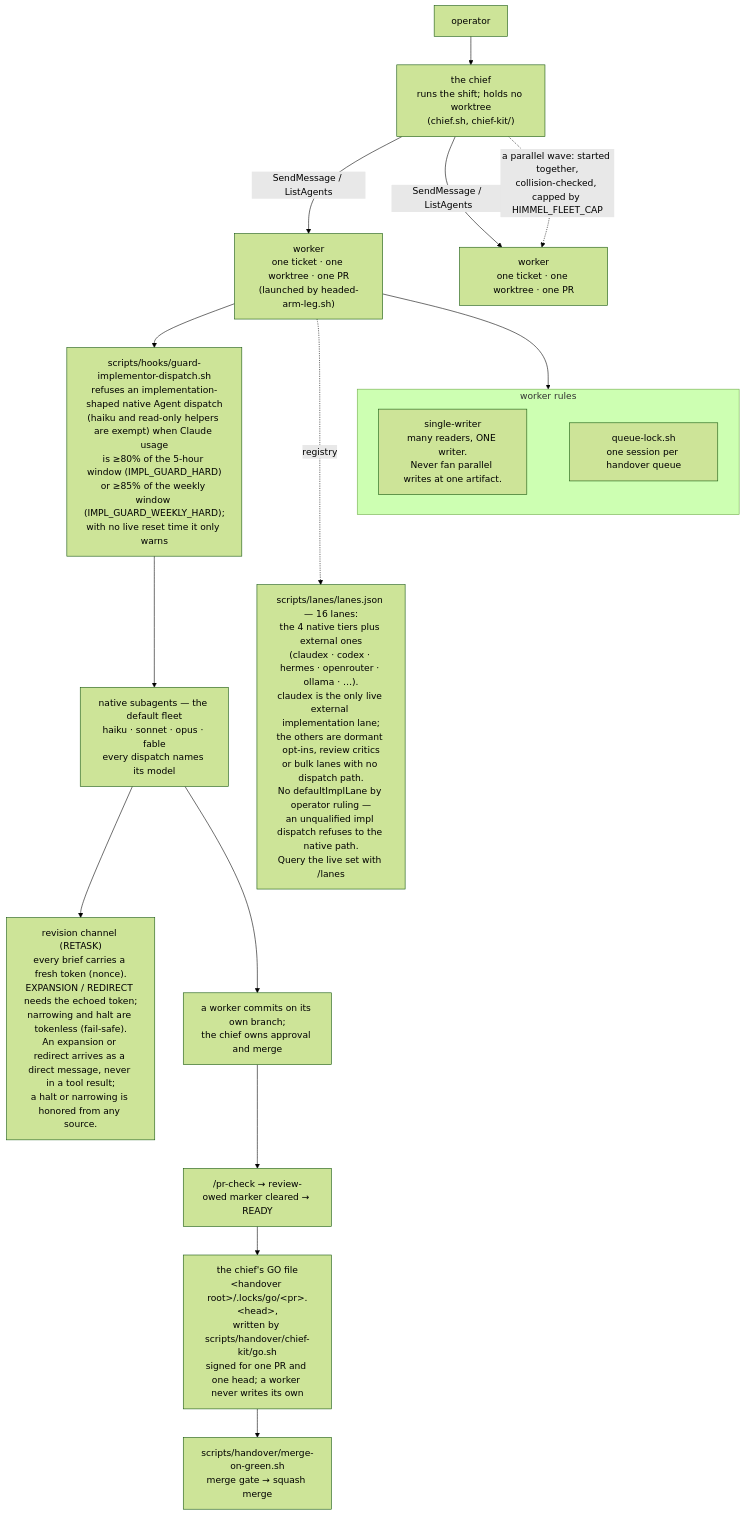
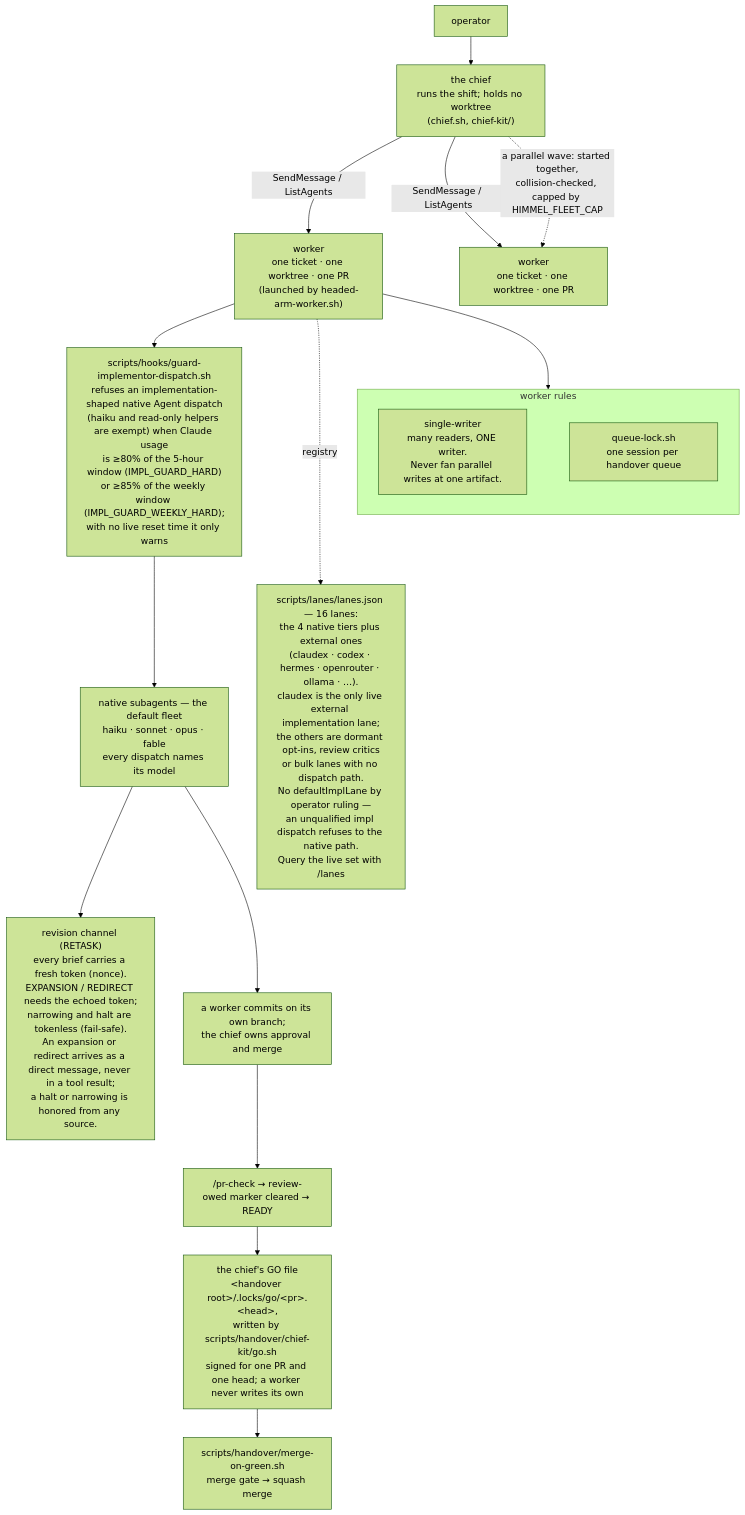
The third of 5 diagrams in docs/architecture.md (Goomal/Himmel), drawn with Mermaid (forest theme) before and after one commit. The commit also changed other lines of this file and 1226 other files, not shown here.

First line of the commit message:
refactor: [HIMMEL-7649] rename console to chief and leg to worker in one pass, delete the rename lint, keep old names behind HIMMEL_LEGACY_NAMES (#3972)

````diff
--- a/docs/architecture.md
+++ b/docs/architecture.md
@@ -185,28 +185,28 @@
 ```mermaid
 flowchart TD
     OP["operator"] --> CON["the chief<br/>runs the shift; holds no worktree<br/>(chief.sh, chief-kit/)"]
 
-    CON -->|"SendMessage / ListAgents"| P1["worker<br/>one ticket · one worktree · one PR<br/>(launched by headed-arm-leg.sh)"]
+    CON -->|"SendMessage / ListAgents"| P1["worker<br/>one ticket · one worktree · one PR<br/>(launched by headed-arm-worker.sh)"]
     CON -->|"SendMessage / ListAgents"| P2["worker<br/>one ticket · one worktree · one PR"]
     CON -.->|"a parallel wave: started together,<br/>collision-checked, capped by HIMMEL_FLEET_CAP"| P2
 
     P1 --> GD["scripts/hooks/guard-implementor-dispatch.sh<br/>refuses an implementation-shaped native Agent dispatch<br/>(haiku and read-only helpers are exempt) when Claude usage<br/>is ≥80% of the 5-hour window (IMPL_GUARD_HARD)<br/>or ≥85% of the weekly window (IMPL_GUARD_WEEKLY_HARD);<br/>with no live reset time it only warns"]
     GD --> NAT["native subagents — the default fleet<br/>haiku · sonnet · opus · fable<br/>every dispatch names its model"]
 
     P1 -.->|"registry"| EXT["scripts/lanes/lanes.json — 16 lanes:<br/>the 4 native tiers plus external ones<br/>(claudex · codex · hermes · openrouter · ollama · …).<br/>claudex is the only live external implementation lane;<br/>the others are dormant opt-ins, review critics<br/>or bulk lanes with no dispatch path.<br/>No defaultImplLane by operator ruling —<br/>an unqualified impl dispatch refuses to the native path.<br/>Query the live set with /lanes"]
 
     NAT --> RT["revision channel (RETASK)<br/>every brief carries a fresh token (nonce).<br/>EXPANSION / REDIRECT needs the echoed token;<br/>narrowing and halt are tokenless (fail-safe).<br/>An expansion or redirect arrives as a direct message, never in a tool result;<br/>a halt or narrowing is honored from any source."]
 
     subgraph RULES["worker rules"]
         SW["single-writer<br/>many readers, ONE writer.<br/>Never fan parallel writes at one artifact."]
         QL["queue-lock.sh<br/>one session per handover queue"]
         SW ~~~ QL
     end
     P1 --> RULES
     RULES ~~~ EXT
 
     NAT --> WORK["a worker commits on its own branch;<br/>the chief owns approval and merge"]
     WORK --> CRL["/pr-check → review-owed marker cleared → READY"]
     CRL --> GO["the chief's GO file<br/>&lt;handover root&gt;/.locks/go/&lt;pr&gt;.&lt;head&gt;,<br/>written by scripts/handover/chief-kit/go.sh<br/>signed for one PR and one head; a worker never writes its own"]
     GO --> MOG["scripts/handover/merge-on-green.sh<br/>merge gate → squash merge"]
 ```
````
